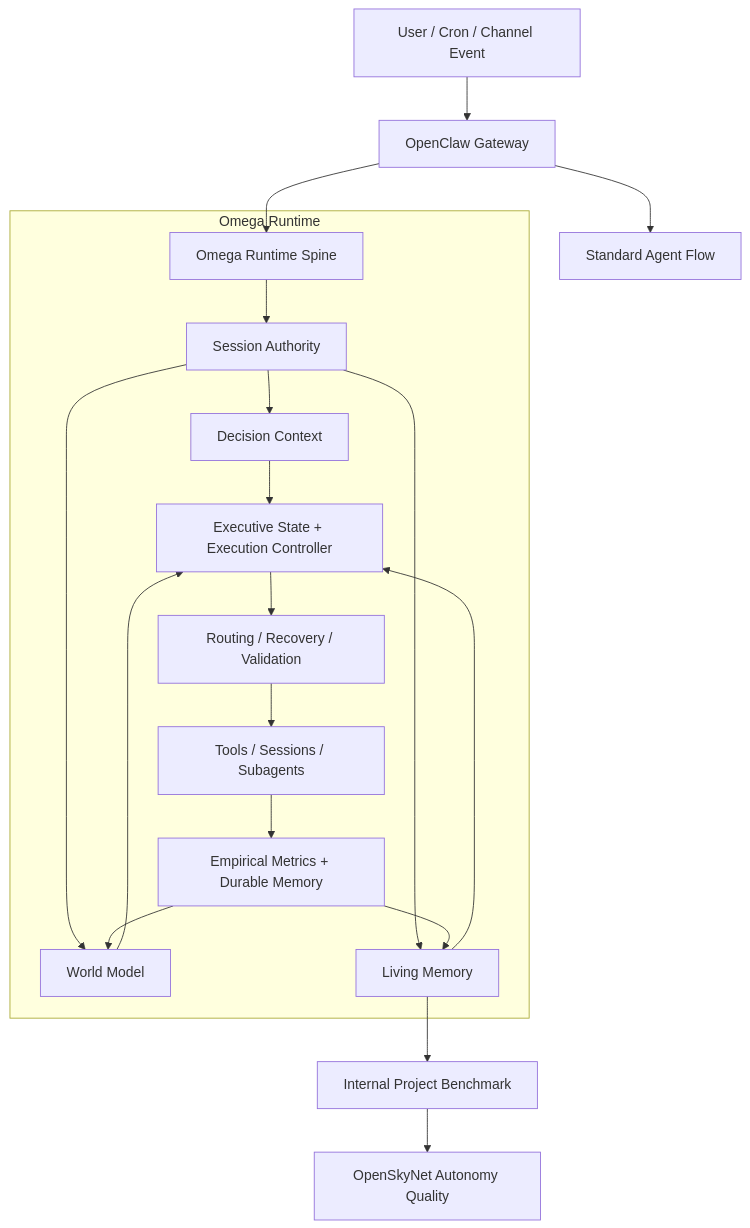
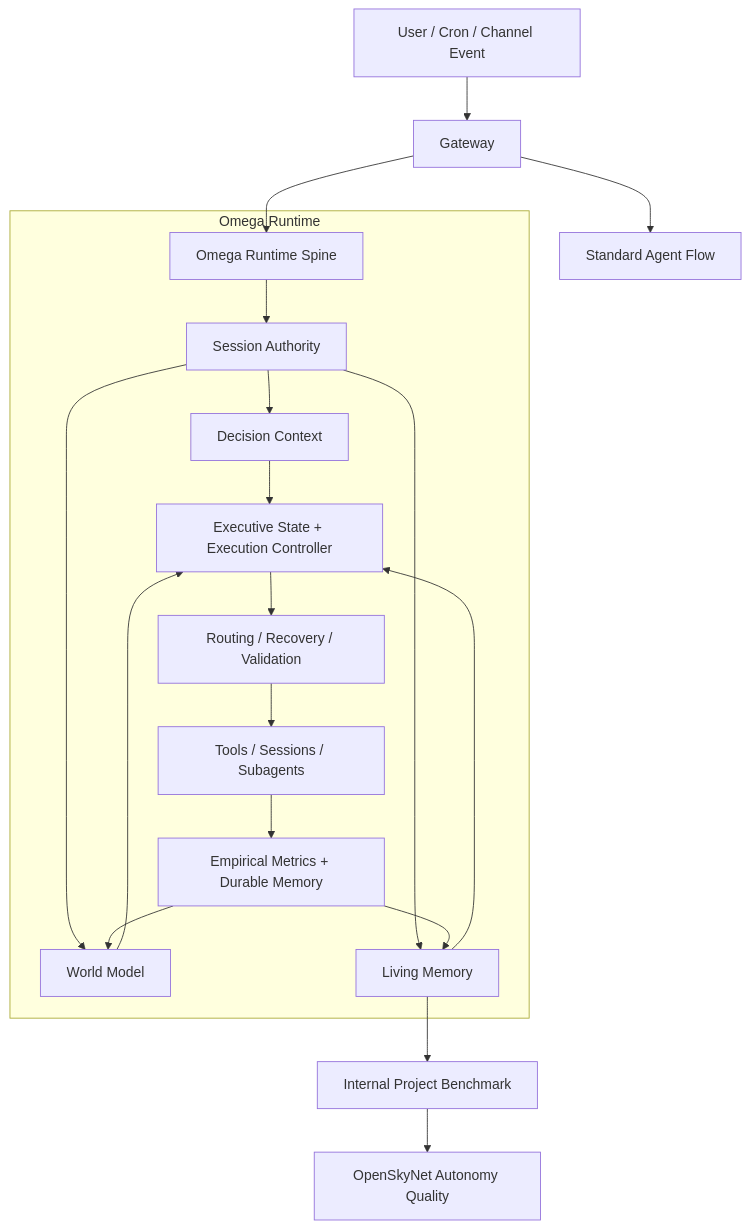
The diagram in README.md (skynet-omega/openskynet), drawn with Mermaid before and after one commit. The commit also changed other lines of this file and 31 other files, not shown here.

````diff
--- a/README.md
+++ b/README.md
@@ -44,26 +44,26 @@
 ```mermaid
 graph TD
-    User[User / Cron / Channel Event] --> Gateway[OpenClaw Gateway]
+    User[User / Cron / Channel Event] --> Gateway[Gateway]
     Gateway --> Agent[Standard Agent Flow]
     Gateway --> Omega[Omega Runtime Spine]
 
     subgraph Omega Runtime
         Omega --> Session[Session Authority]
         Session --> Decision[Decision Context]
         Session --> World[World Model]
         Session --> Living[Living Memory]
 
         Decision --> Executive[Executive State + Execution Controller]
         World --> Executive
         Living --> Executive
 
         Executive --> Route[Routing / Recovery / Validation]
         Route --> Work[Tools / Sessions / Subagents]
         Work --> Metrics[Empirical Metrics + Durable Memory]
         Metrics --> World
         Metrics --> Living
     end
 
     Living --> Internal[Internal Project Benchmark]
     Internal --> OpenSkyNet[OpenSkyNet Autonomy Quality]
 ```
````
